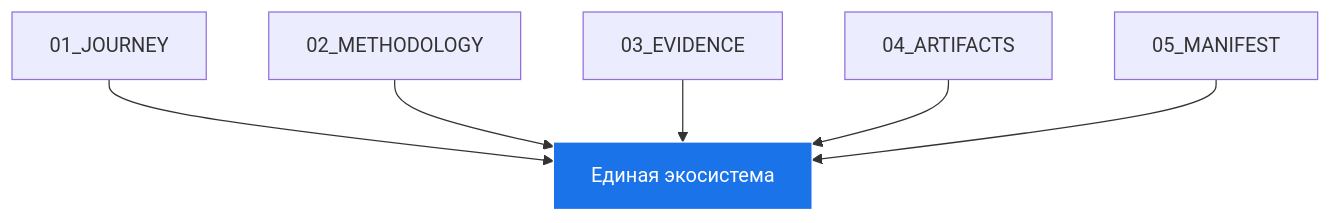
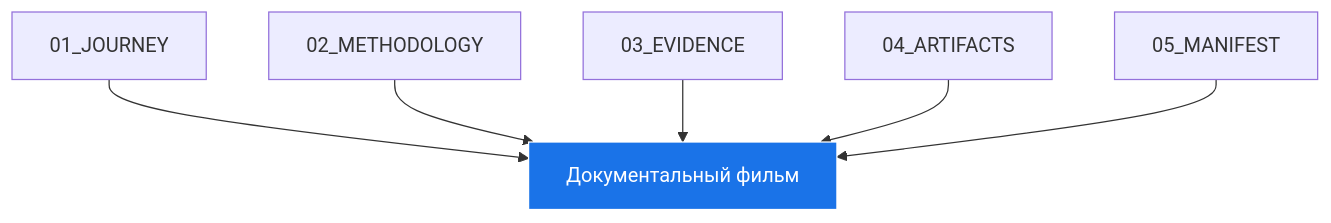
Before and after one commit to Control39/cognitive-systems-architecture: the diagram in cognitive-architect-manifesto/05_MANIFEST/ARCHITECTURE.md, drawn with Mermaid. The commit also changed other lines of this file and 22 other files, not shown here.

````diff
--- a/cognitive-architect-manifesto/05_MANIFEST/ARCHITECTURE.md
+++ b/cognitive-architect-manifesto/05_MANIFEST/ARCHITECTURE.md
@@ -21,9 +23,9 @@
 ```mermaid
 graph TD
-    A[01_JOURNEY] --> G[Единая экосистема]
-    B[02_METHODOLOGY] --> G
-    C[03_EVIDENCE] --> G
-    D[04_ARTIFACTS] --> G
-    E[05_MANIFEST] --> G
+    A[01_JOURNEY] --> G[Документальный фильм]
+    B[02_METHODOLOGY] --> G[Документальный фильм]
+    C[03_EVIDENCE] --> G[Документальный фильм]
+    D[04_ARTIFACTS] --> G[Документальный фильм]
+    E[05_MANIFEST] --> G[Документальный фильм]
     style G fill:#1a73e8,stroke:#fff,color:#fff
 ```
````
